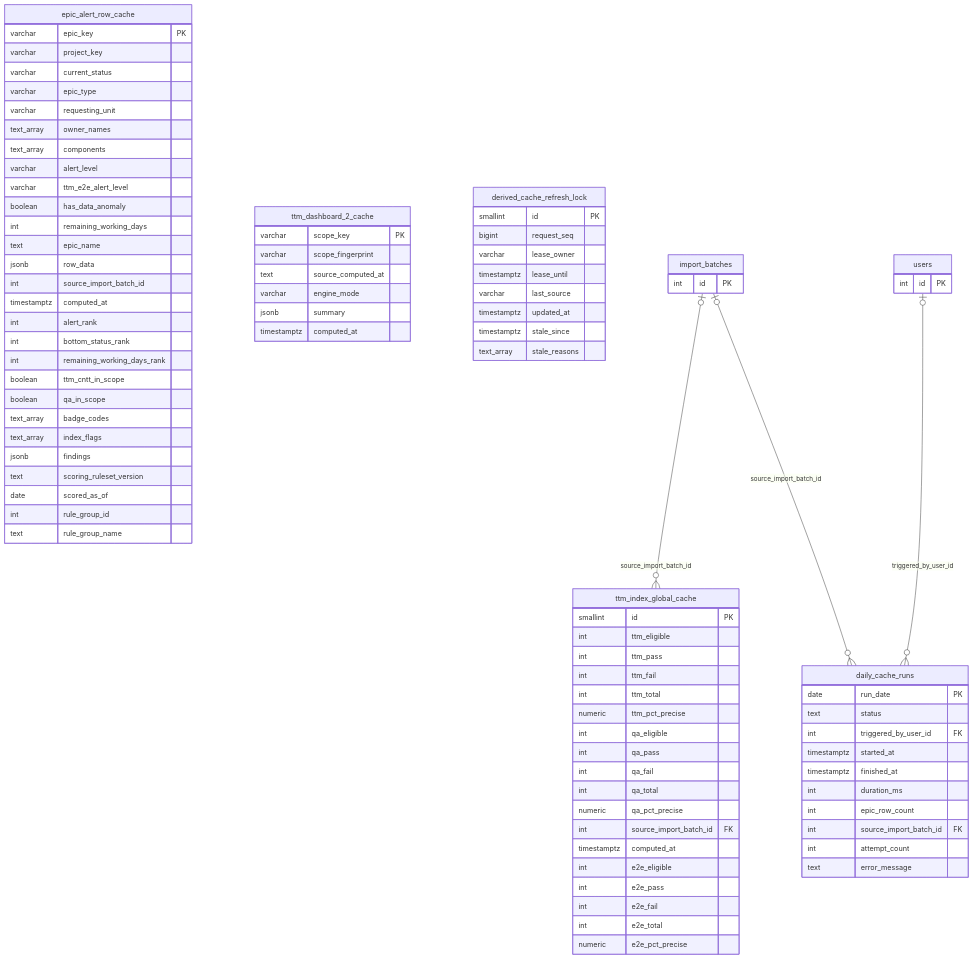
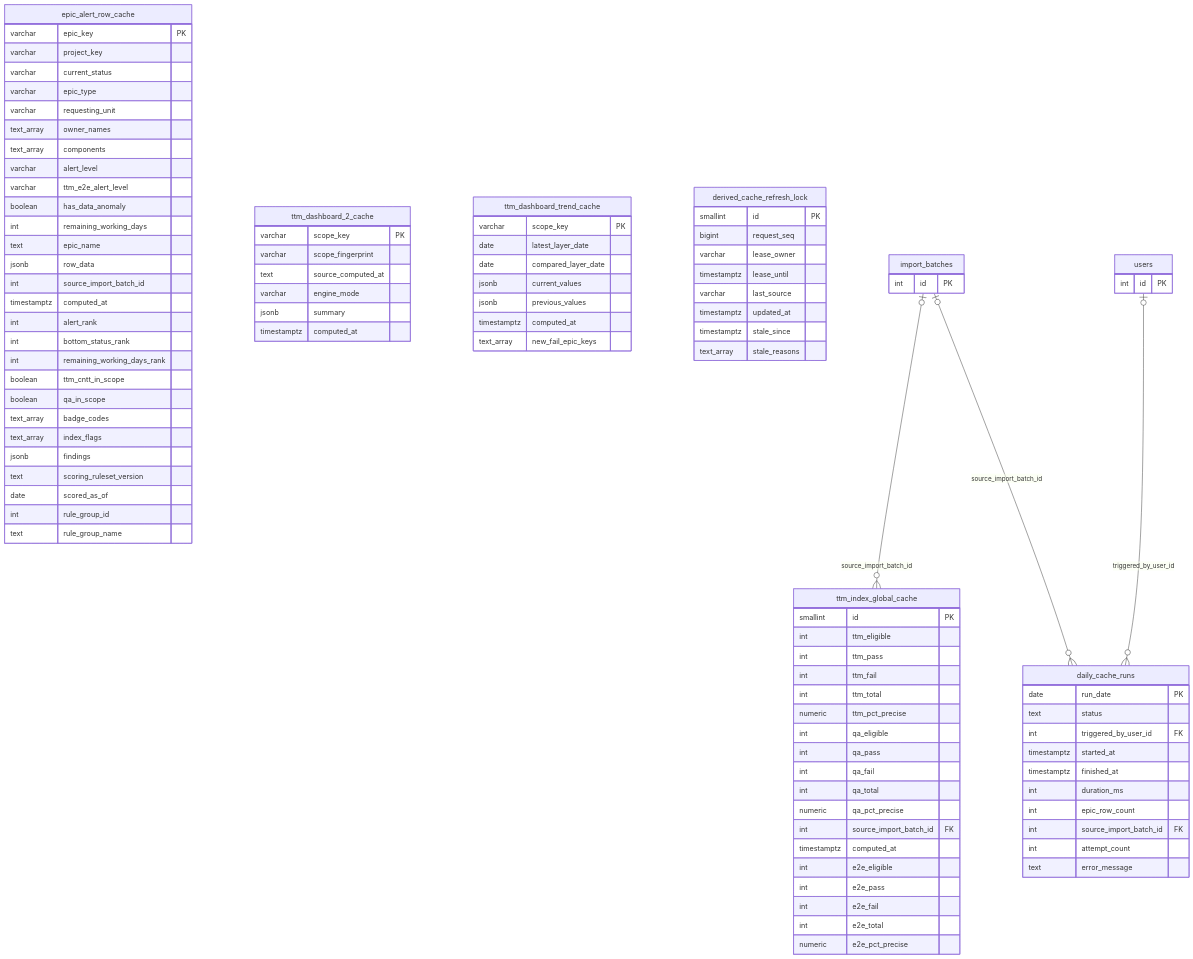
The eighth of 12 diagrams in docs/database-erd.md (dminhbb/ttm-tool), drawn with Mermaid before and after one commit. The commit also changed other lines of this file and 30 other files, not shown here.

```diff
--- a/docs/database-erd.md
+++ b/docs/database-erd.md
@@ -1377,6 +1379,15 @@
         jsonb summary
         timestamptz computed_at
     }
+    ttm_dashboard_trend_cache {
+        varchar scope_key PK
+        date latest_layer_date
+        date compared_layer_date
+        jsonb current_values
+        jsonb previous_values
+        timestamptz computed_at
+        text_array new_fail_epic_keys
+    }
     daily_cache_runs {
         date run_date PK
         text status
```
